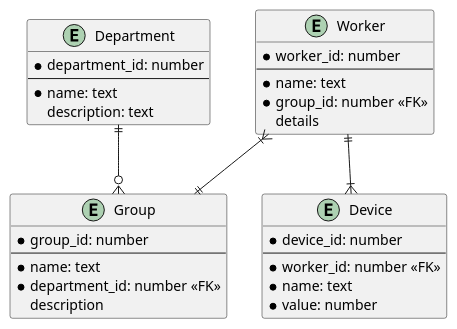
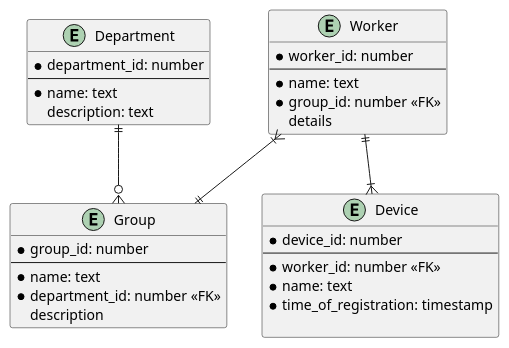
Before and after one commit to feczkob/CompanyDeviceRegister: the diagram in uml/erd.puml, drawn with PlantUML.

Commit message:
master: updating uml

```diff
--- a/uml/erd.puml
+++ b/uml/erd.puml
@@ -1,37 +1,38 @@
 @startuml
 entity Department {
     * department_id: number
     --
     * name: text
     description: text
 }
 
 entity Group {
     * group_id: number
     --
     * name: text
     * department_id: number <<FK>>
     description
 }
 
 entity Worker {
     * worker_id: number
     --
     * name: text
     * group_id: number <<FK>>
     details
 }
 
 entity Device {
     * device_id: number
     --
     * worker_id: number <<FK>>
     * name: text
-    * value: number
+    * time_of_registration: timestamp
+
 }
 
 
 Department ||--o{ Group
 Worker ||--|{ Device
 Worker }|--|| Group
 @enduml
```
